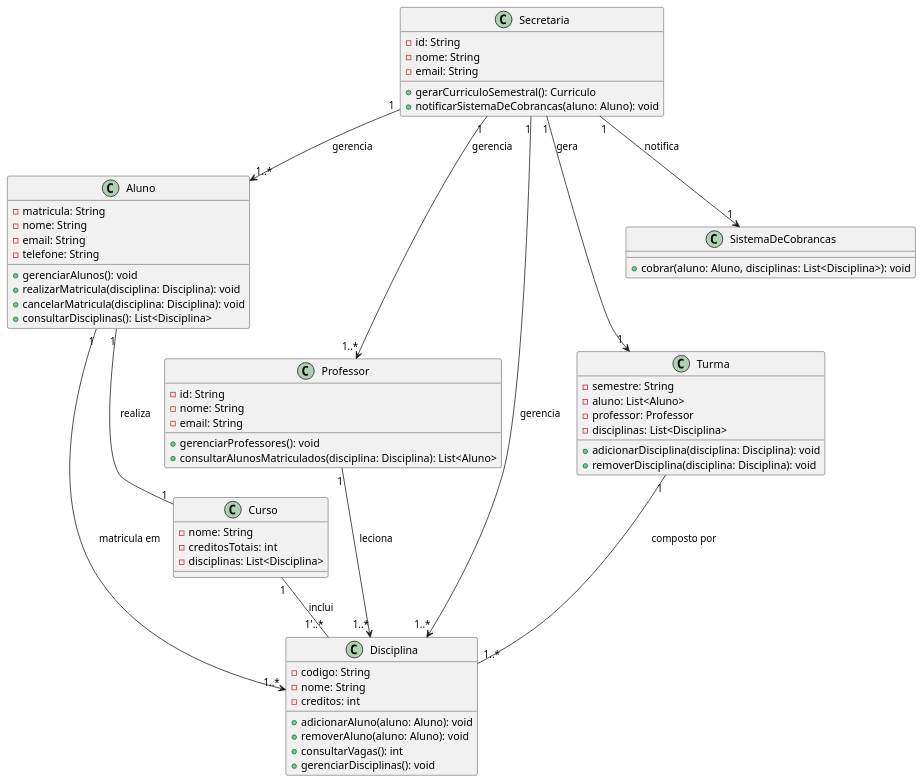
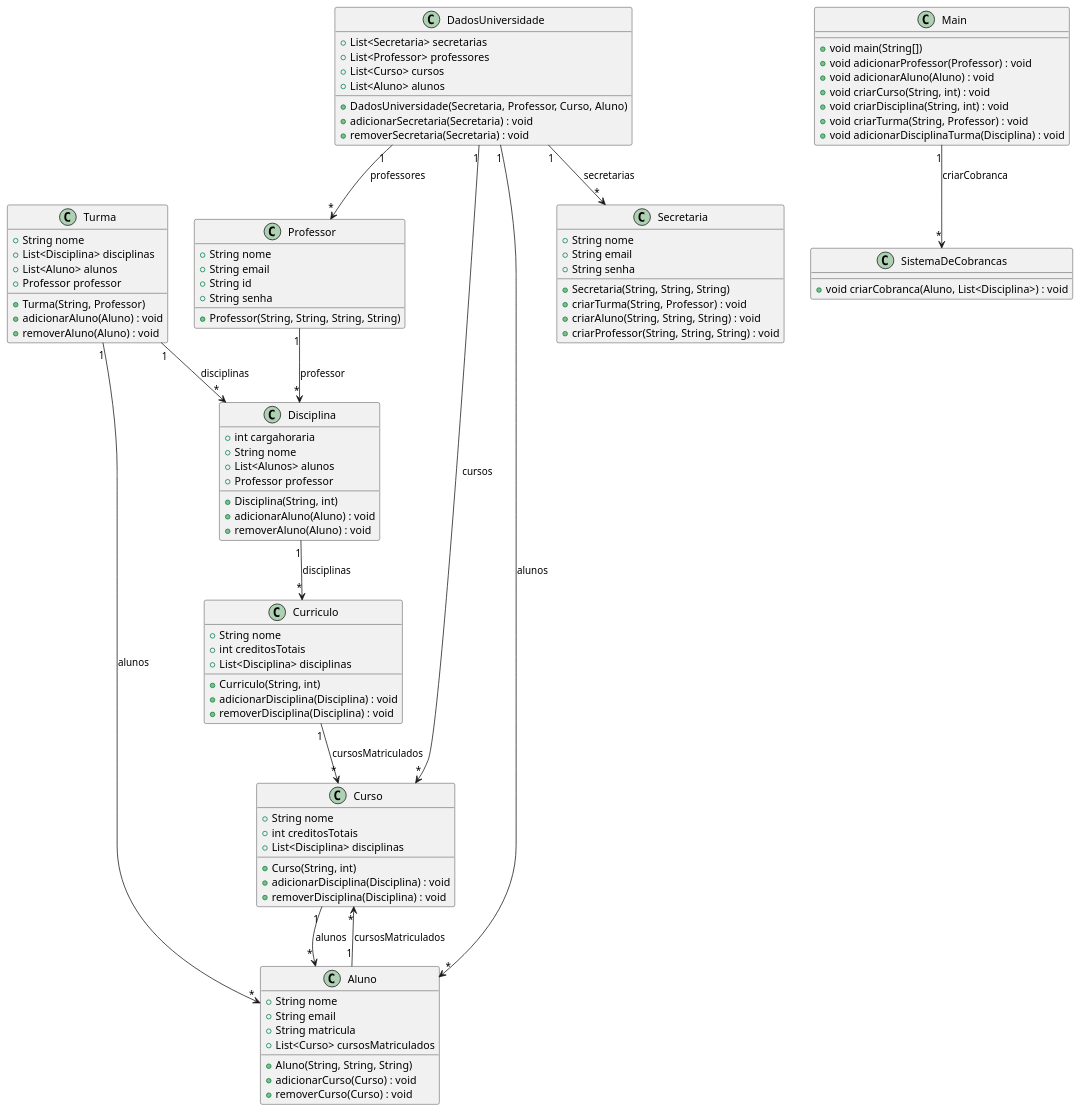
One commit to ChristianoRuvi/LaboratorioDS changed the diagram in project/code/Class DIagram.puml. Above: the diagram before and after it, drawn with PlantUML. The commit also changed 1 other file, not shown here.

```diff
--- a/project/code/Class DIagram.puml
+++ b/project/code/Class DIagram.puml
@@ -1,92 +1,106 @@
 @startuml
 
-' Classes principais
-class Aluno {
-    - matricula: String
-    - nome: String
-    - email: String
-    - telefone: String
-     + gerenciarAlunos(): void
-    + realizarMatricula(disciplina: Disciplina): void
-    + cancelarMatricula(disciplina: Disciplina): void
-    + consultarDisciplinas(): List<Disciplina>
+class Professor {
+    +String nome
+    +String email
+    +String id
+    +String senha
+    +Professor(String, String, String, String)
 }
 
-class Professor {
-    - id: String
-    - nome: String
-    - email: String
-     + gerenciarProfessores(): void
-    + consultarAlunosMatriculados(disciplina: Disciplina): List<Aluno>
+class Disciplina {
+    +int cargahoraria
+    +String nome
+    +List<Alunos> alunos
+    +Professor professor
+    +Disciplina(String, int)
+    +adicionarAluno(Aluno) : void
+    +removerAluno(Aluno) : void
+}
+
+class Curriculo {
+    +String nome
+    +int creditosTotais
+    +List<Disciplina> disciplinas
+    +Curriculo(String, int)
+    +adicionarDisciplina(Disciplina) : void
+    +removerDisciplina(Disciplina) : void
+}
+
+class Curso {
+    +String nome
+    +int creditosTotais
+    +List<Disciplina> disciplinas
+    +Curso(String, int)
+    +adicionarDisciplina(Disciplina) : void
+    +removerDisciplina(Disciplina) : void
+}
+
+class Aluno {
+    +String nome
+    +String email
+    +String matricula
+    +List<Curso> cursosMatriculados
+    +Aluno(String, String, String)
+    +adicionarCurso(Curso) : void
+    +removerCurso(Curso) : void
+}
+
+class Turma {
+    +String nome
+    +List<Disciplina> disciplinas
+    +List<Aluno> alunos
+    +Professor professor
+    +Turma(String, Professor)
+    +adicionarAluno(Aluno) : void
+    +removerAluno(Aluno) : void
 }
 
 class Secretaria {
-    - id: String
-    - nome: String
-    - email: String
-    + gerarCurriculoSemestral(): Curriculo
-    + notificarSistemaDeCobrancas(aluno: Aluno): void
+    +String nome
+    +String email
+    +String senha
+    +Secretaria(String, String, String)
+    +criarTurma(String, Professor) : void
+    +criarAluno(String, String, String) : void
+    +criarProfessor(String, String, String) : void
 }
 
-class Disciplina {
-    - codigo: String
-    - nome: String
-    - creditos: int
-    + adicionarAluno(aluno: Aluno): void
-    + removerAluno(aluno: Aluno): void
-    + consultarVagas(): int
-    + gerenciarDisciplinas(): void
+class DadosUniversidade {
+    +List<Secretaria> secretarias
+    +List<Professor> professores
+    +List<Curso> cursos
+    +List<Aluno> alunos
+    +DadosUniversidade(Secretaria, Professor, Curso, Aluno)
+    +adicionarSecretaria(Secretaria) : void
+    +removerSecretaria(Secretaria) : void
 }
 
-class Curso {
-    - nome: String
-    - creditosTotais: int
-    - disciplinas: List<Disciplina>
-}
-
-class Turma {
-    - semestre: String
-    - aluno: List<Aluno>
-    - professor: Professor
-    - disciplinas: List<Disciplina>
-    + adicionarDisciplina(disciplina: Disciplina): void
-    + removerDisciplina(disciplina: Disciplina): void
+class Main {
+    +void main(String[])
+    +void adicionarProfessor(Professor) : void
+    +void adicionarAluno(Aluno) : void
+    +void criarCurso(String, int) : void
+    +void criarDisciplina(String, int) : void
+    +void criarTurma(String, Professor) : void
+    +void adicionarDisciplinaTurma(Disciplina) : void
 }
 
 class SistemaDeCobrancas {
-    + cobrar(aluno: Aluno, disciplinas: List<Disciplina>): void
+    +void criarCobranca(Aluno, List<Disciplina>) : void
 }
 
-' Associações
-
-' Relacionamento entre Aluno e Disciplina (Aluno se matricula em várias Disciplinas)
-Aluno "1" --> "1..*" Disciplina : "matricula em"
-
-' Relacionamento entre Aluno e Curso (Aluno está associado a um Curso)
-Aluno "1" -- "1" Curso : "realiza"
-
-' Relacionamento entre Professor e Disciplina (Professor leciona várias Disciplinas)
-Professor "1" --> "1..*" Disciplina : "leciona"
-
-' Relacionamento entre Secretaria e Disciplina (Secretaria gerencia várias Disciplinas)
-Secretaria "1" --> "1..*" Disciplina : "gerencia"
-
-' Relacionamento entre Secretaria e Professor (Secretaria gerencia vários Professores)
-Secretaria "1" --> "1..*" Professor : "gerencia"
-
-' Relacionamento entre Secretaria e Aluno (Secretaria gerencia vários Alunos)
-Secretaria "1" --> "1..*" Aluno : "gerencia"
-
-' Relacionamento entre Secretaria e Curriculo (Secretaria gera um Curriculo)
-Secretaria "1" --> "1" Turma : "gera"
-
-' Relacionamento entre Secretaria e Sistema de Cobranças (Secretaria notifica o Sistema de Cobranças)
-Secretaria "1" --> "1" SistemaDeCobrancas : "notifica"
-
-' Relacionamento entre Curso e Disciplina (Curso inclui várias Disciplinas)
-Curso "1" -- "1'..*" Disciplina : "inclui"
-
-' Relacionamento entre Curriculo e Disciplina (Curriculo é composto por várias Disciplinas)
-Turma "1" -- "1..*" Disciplina : "composto por"
+Professor "1" --> "*" Disciplina : professor
+Disciplina "1" --> "*" Curriculo : disciplinas
+Curriculo "1" --> "*" Curso : cursosMatriculados
+Aluno "1" --> "*" Curso : cursosMatriculados
+Curso "1" --> "*" Aluno : alunos
+Turma "1" --> "*" Disciplina : disciplinas
+Turma "1" --> "*" Aluno : alunos
+DadosUniversidade "1" --> "*" Secretaria : secretarias
+DadosUniversidade "1" --> "*" Professor : professores
+DadosUniversidade "1" --> "*" Curso : cursos
+DadosUniversidade "1" --> "*" Aluno : alunos
+Main "1" --> "*" SistemaDeCobrancas : criarCobranca
 
 @enduml
```
